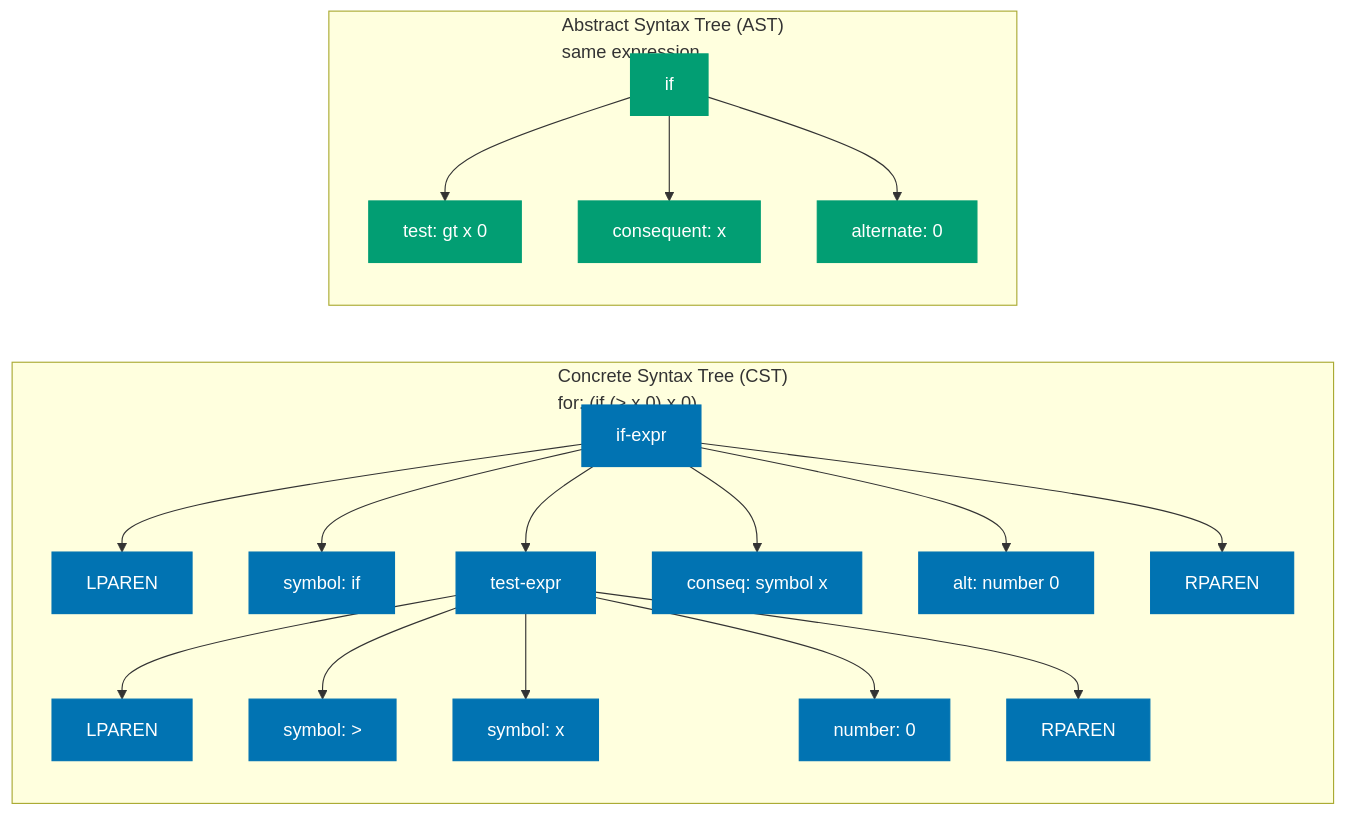
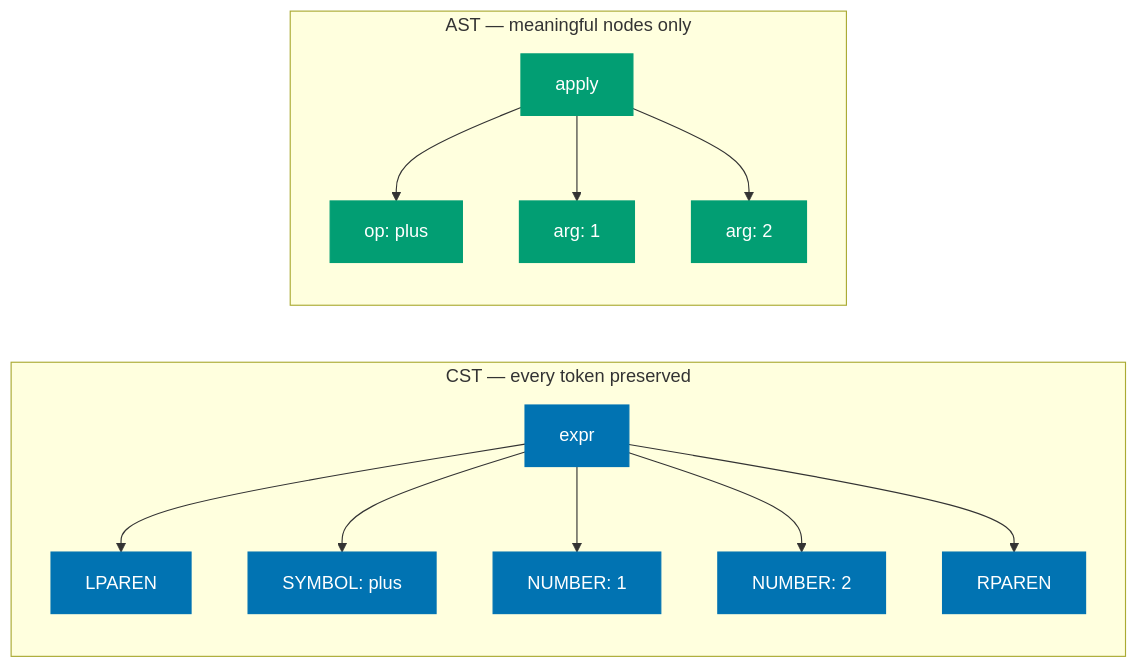
One commit to wahidyankf/open-sharia-enterprise changed the third of 10 diagrams in apps/ayokoding-web/content/en/learn/software-engineering/compilers-and-interpreters/terminology.md. Above: the diagram before and after it, drawn with Mermaid. The commit also changed other lines of this file and 2 other files, not shown here.

First line of the commit message:
fix(ayokoding-web): fix mermaid diagram issues in compilers-and-interpreters

````diff
--- a/apps/ayokoding-web/content/en/learn/software-engineering/compilers-and-interpreters/terminology.md
+++ b/apps/ayokoding-web/content/en/learn/software-engineering/compilers-and-interpreters/terminology.md
@@ -124,45 +126,34 @@
 ```mermaid
 %% Color palette: Blue #0173B2, Orange #DE8F05, Teal #029E73, Purple #CC78BC, Brown #CA9161, Gray #808080
+%% CST keeps every syntax token; AST keeps only meaningful structure
 flowchart LR
-    subgraph CST["Concrete Syntax Tree (CST)\nfor: (if (> x 0) x 0)"]
-        C1["if-expr"]
+    subgraph CST["CST — every token preserved"]
+        C1["expr"]
         C2["LPAREN"]
-        C3["symbol: if"]
-        C4["test-expr"]
-        C5["LPAREN"]
-        C6["symbol: >"]
-        C7["symbol: x"]
-        C8["number: 0"]
-        C9["RPAREN"]
-        C10["conseq: symbol x"]
-        C11["alt: number 0"]
-        C12["RPAREN"]
+        C3["SYMBOL: plus"]
+        C4["NUMBER: 1"]
+        C5["NUMBER: 2"]
+        C6["RPAREN"]
         C1 --> C2
         C1 --> C3
         C1 --> C4
-        C1 --> C10
-        C1 --> C11
-        C1 --> C12
-        C4 --> C5
-        C4 --> C6
-        C4 --> C7
-        C4 --> C8
-        C4 --> C9
+        C1 --> C5
+        C1 --> C6
     end
 
-    subgraph AST["Abstract Syntax Tree (AST)\nsame expression"]
-        A1["if"]
-        A2["test: gt x 0"]
-        A3["consequent: x"]
-        A4["alternate: 0"]
+    subgraph AST["AST — meaningful nodes only"]
+        A1["apply"]
+        A2["op: plus"]
+        A3["arg: 1"]
+        A4["arg: 2"]
         A1 --> A2
         A1 --> A3
         A1 --> A4
     end
 
     classDef blue fill:#0173B2,color:#fff,stroke:#0173B2
     classDef teal fill:#029E73,color:#fff,stroke:#029E73
 
-    class C1,C2,C3,C4,C5,C6,C7,C8,C9,C10,C11,C12 blue
+    class C1,C2,C3,C4,C5,C6 blue
     class A1,A2,A3,A4 teal
 ```
````
